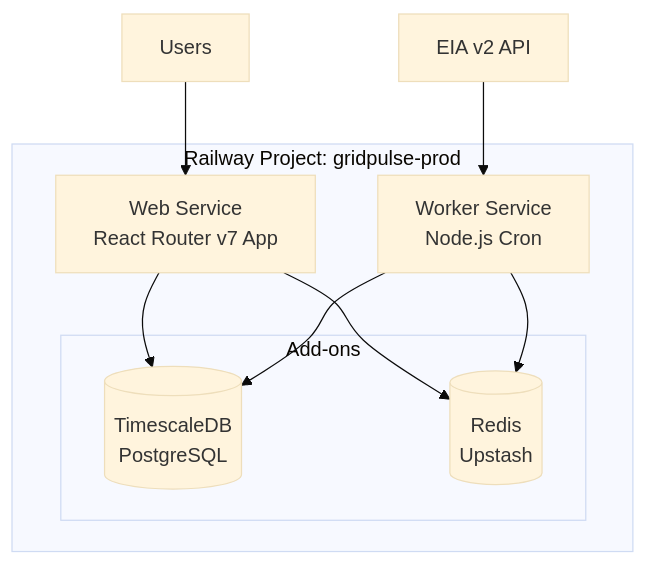
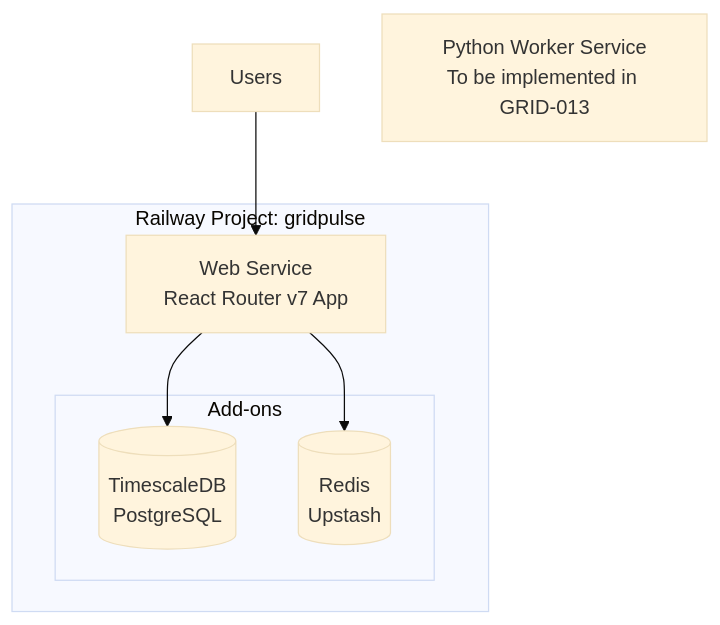
One commit to awynne/grid changed the diagram in docs/specs/GRID-011.md. Above: the diagram before and after it, drawn with Mermaid (base theme). The commit also changed other lines of this file and 24 other files, not shown here.

````diff
--- a/docs/specs/GRID-011.md
+++ b/docs/specs/GRID-011.md
@@ -45,20 +45,18 @@
 ```mermaid
 graph TB
-    subgraph "Railway Project: gridpulse-prod"
+    subgraph "Railway Project: gridpulse"
         WEB[Web Service<br/>React Router v7 App]
-        WORKER[Worker Service<br/>Node.js Cron]
         
         subgraph "Add-ons"
             PG[(TimescaleDB<br/>PostgreSQL)]
             REDIS[(Redis<br/>Upstash)]
         end
     end
     
     WEB --> PG
     WEB --> REDIS
-    WORKER --> PG
-    WORKER --> REDIS
     
-    EIA[EIA v2 API] --> WORKER
     USERS[Users] --> WEB
+    
+    note1[Python Worker Service<br/>To be implemented in GRID-013]
 ```
````
